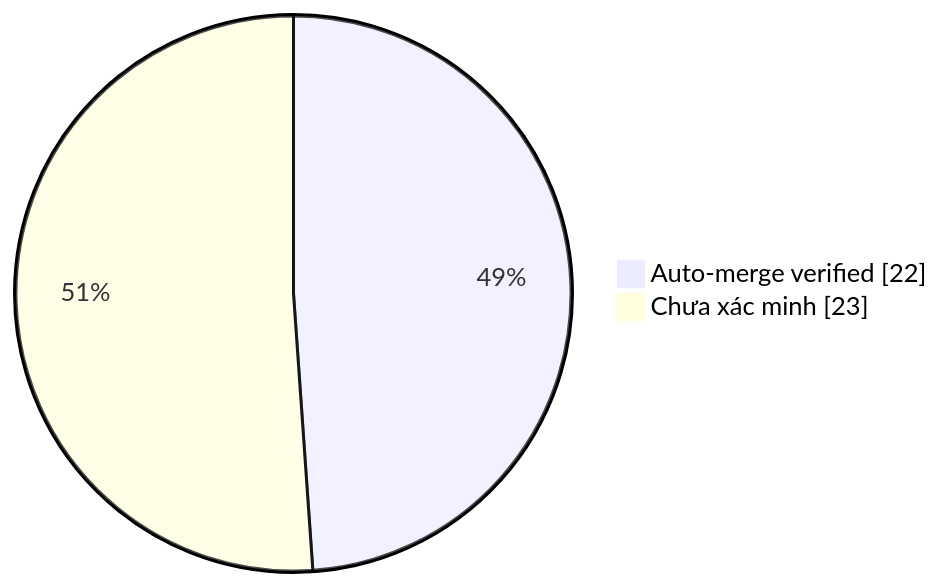
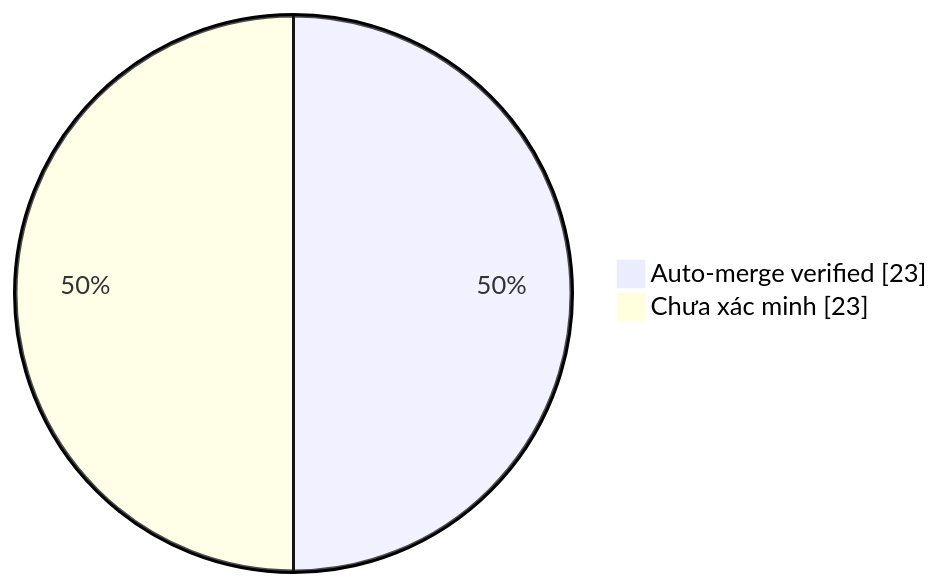
One commit to duykhang68/tetdinhmuiblog changed the diagram in collector.md. Above: the diagram before and after it, drawn with Mermaid. The commit also changed other lines of this file and 1 other file, not shown here.

Commit message:
docs(collector): update auto-merge evidence dashboard

````diff
--- a/collector.md
+++ b/collector.md
@@ -22,5 +22,5 @@
 ```mermaid
 pie showData
-    "Auto-merge verified" : 22
+    "Auto-merge verified" : 23
     "Chưa xác minh" : 23
 ```
````
